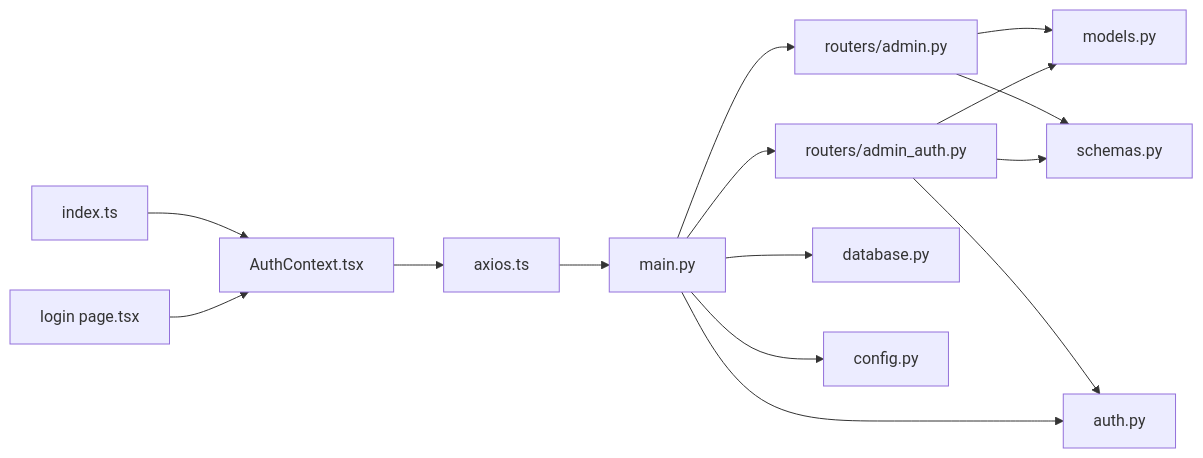
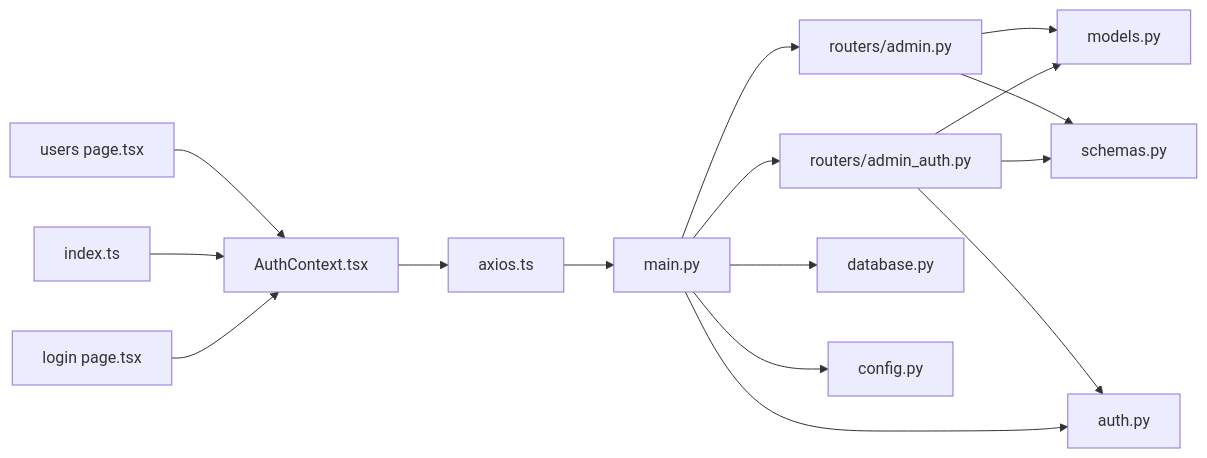
Diagram 11 of 11 in .qoder/repowiki/zh/content/后端开发指南/API路由系统/管理员管理API.md (KunLabAI/KunFlix), drawn with Mermaid before and after one commit. The commit also changed other lines of this file and 88 other files, not shown here.

````diff
--- a/.qoder/repowiki/zh/content/后端开发指南/API路由系统/管理员管理API.md
+++ b/.qoder/repowiki/zh/content/后端开发指南/API路由系统/管理员管理API.md
@@ -491,17 +632,18 @@
 ```mermaid
 graph LR
 main_py[main.py] --> routers_admin_auth_py[routers/admin_auth.py]
 main_py --> routers_admin_py[routers/admin.py]
 main_py --> auth_py[auth.py]
 main_py --> database_py[database.py]
 main_py --> config_py[config.py]
 routers_admin_auth_py --> models_py[models.py]
 routers_admin_auth_py --> schemas_py[schemas.py]
 routers_admin_auth_py --> auth_py
 routers_admin_py --> models_py
 routers_admin_py --> schemas_py
 frontend_auth_tsx[AuthContext.tsx] --> frontend_axios_ts[axios.ts]
 frontend_login_tsx[login page.tsx] --> frontend_auth_tsx
 frontend_types_ts[index.ts] --> frontend_auth_tsx
+frontend_users_tsx[users page.tsx] --> frontend_auth_tsx
 frontend_axios_ts --> main_py
 ```
````
